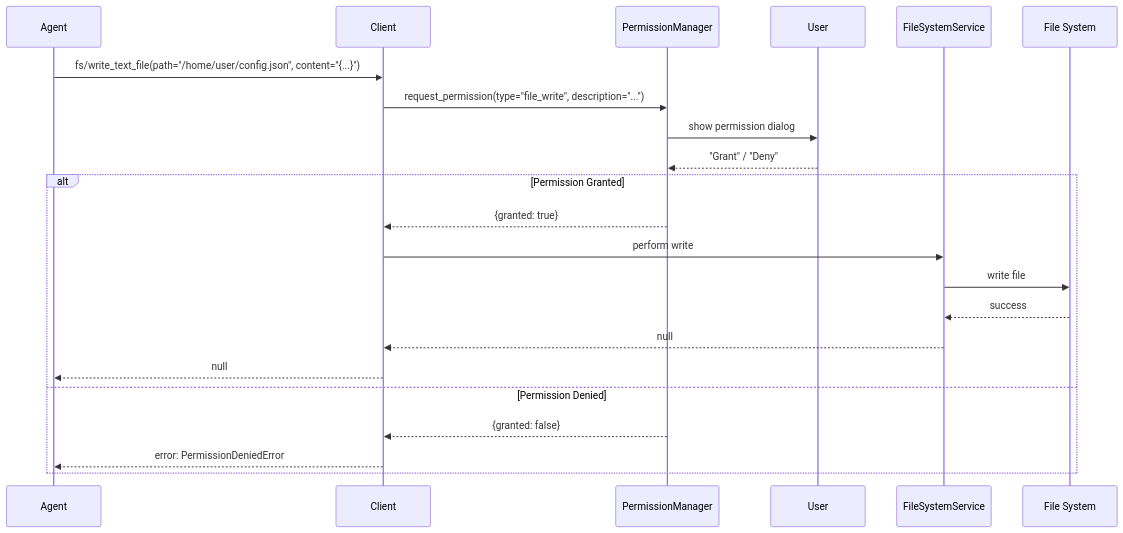
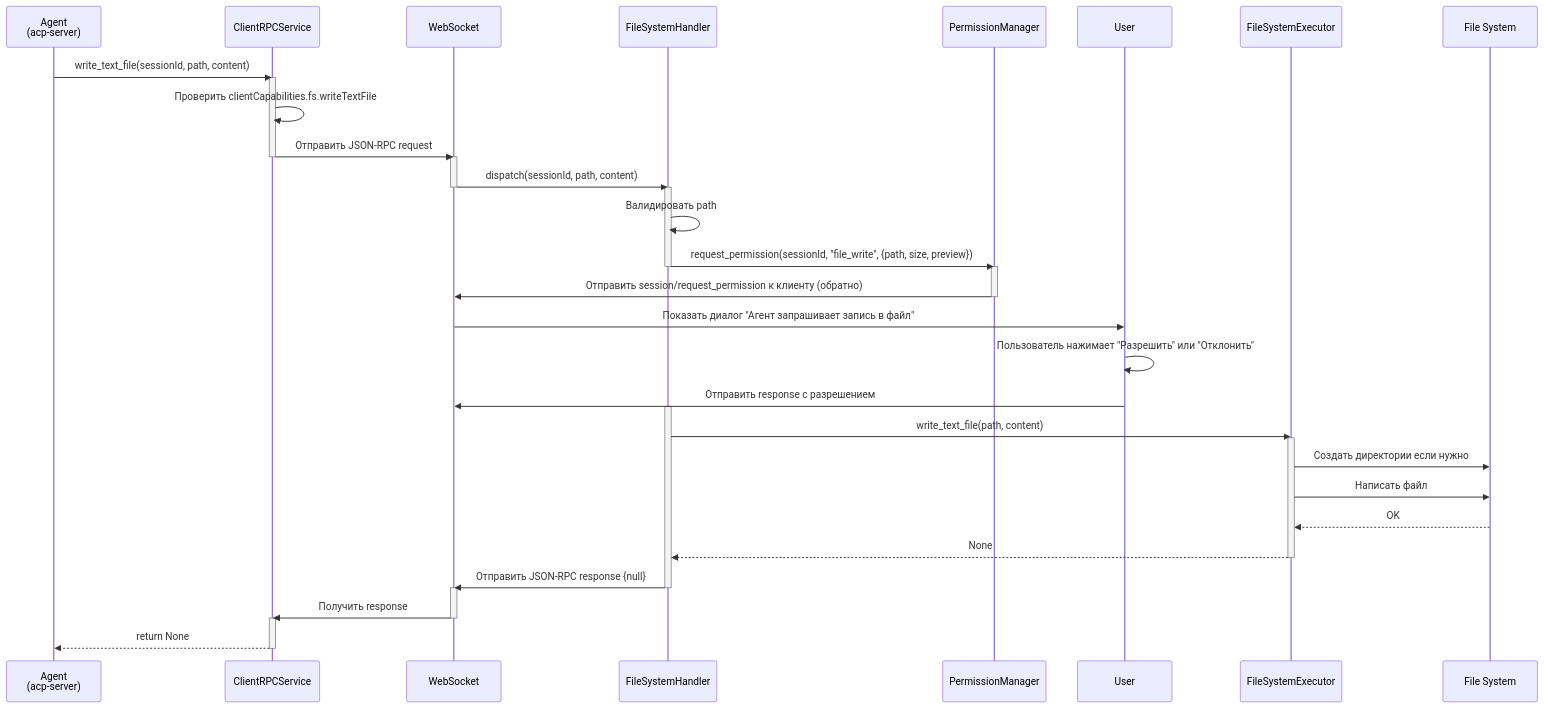
One commit to pese-git/acp-workspace changed the fourth of 6 diagrams in doc/architecture/CLIENT_METHODS_ARCHITECTURE.md. Above: the diagram before and after it, drawn with Mermaid. The commit also changed other lines of this file, not shown here.

Commit message:
docs: переписано CLIENT_METHODS_ARCHITECTURE.md с исправленной архитектурой (Agent→Client RPC)

````diff
--- a/doc/architecture/CLIENT_METHODS_ARCHITECTURE.md
+++ b/doc/architecture/CLIENT_METHODS_ARCHITECTURE.md
@@ -1488,26 +1571,57 @@
 ```mermaid
 sequenceDiagram
-    participant Agent as Agent
-    participant Client as Client
+    participant Agent as Agent<br/>(acp-server)
+    participant RPC as ClientRPCService
+    participant Transport as WebSocket
+    participant Handler as FileSystemHandler
     participant PermMgr as PermissionManager
     participant User as User
-    participant FileSvc as FileSystemService
+    participant Executor as FileSystemExecutor
     participant FS as File System
     
-    Agent->>Client: fs/write_text_file(path="/home/user/config.json", content="{...}")
-    Client->>PermMgr: request_permission(type="file_write", description="...")
-    PermMgr->>User: show permission dialog
-    User-->>PermMgr: "Grant" / "Deny"
+    Agent->>RPC: write_text_file(sessionId, path, content)
     
-    alt Permission Granted
-        PermMgr-->>Client: {granted: true}
-        Client->>FileSvc: perform write
-        FileSvc->>FS: write file
-        FS-->>FileSvc: success
-        FileSvc-->>Client: null
-        Client-->>Agent: null
-    else Permission Denied
-        PermMgr-->>Client: {granted: false}
-        Client-->>Agent: error: PermissionDeniedError
-    end
+    activate RPC
+    RPC->>RPC: Проверить clientCapabilities.fs.writeTextFile
+    RPC->>Transport: Отправить JSON-RPC request
+    deactivate RPC
+    
+    activate Transport
+    Transport->>Handler: dispatch(sessionId, path, content)
+    deactivate Transport
+    
+    activate Handler
+    Handler->>Handler: Валидировать path
+    
+    Handler->>PermMgr: request_permission(sessionId, "file_write", {path, size, preview})
+    deactivate Handler
+    
+    activate PermMgr
+    PermMgr->>Transport: Отправить session/request_permission к клиенту (обратно)
+    deactivate PermMgr
+    
+    Transport->>User: Показать диалог "Агент запрашивает запись в файл"
+    User->>User: Пользователь нажимает "Разрешить" или "Отклонить"
+    User->>Transport: Отправить response с разрешением
+    
+    activate Handler
+    Handler->>Executor: write_text_file(path, content)
+    
+    activate Executor
+    Executor->>FS: Создать директории если нужно
+    Executor->>FS: Написать файл
+    FS-->>Executor: OK
+    Executor-->>Handler: None
+    deactivate Executor
+    
+    Handler->>Transport: Отправить JSON-RPC response {null}
+    deactivate Handler
+    
+    activate Transport
+    Transport->>RPC: Получить response
+    deactivate Transport
+    
+    activate RPC
+    RPC-->>Agent: return None
+    deactivate RPC
 ```
````
